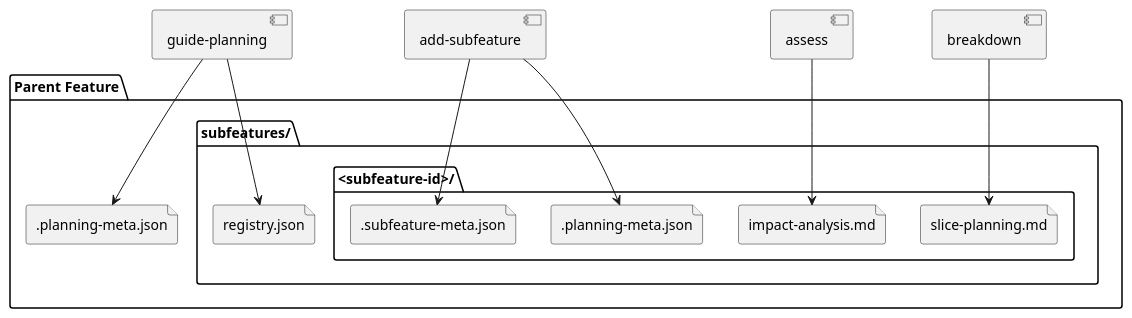
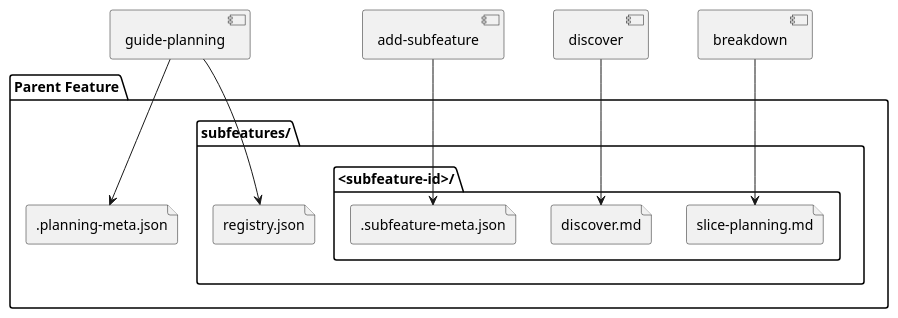
The diagram in docs/features/planning-workflow/subfeatures/subfeature-workflow/system-design.md (sirius-cc-wu/sirius-skills), drawn with PlantUML before and after one commit. The commit also changed other lines of this file and 58 other files, not shown here.

First line of the commit message:
planning: remove impact analysis workflow

````diff
--- a/docs/features/planning-workflow/subfeatures/subfeature-workflow/system-design.md
+++ b/docs/features/planning-workflow/subfeatures/subfeature-workflow/system-design.md
@@ -176,23 +165,21 @@
 ```plantuml
 @startuml
 folder "Parent Feature" {
   file ".planning-meta.json" as ParentMeta
   folder "subfeatures/" {
     file "registry.json" as Registry
     folder "<subfeature-id>/" {
-      file ".planning-meta.json" as ChildPlan
       file ".subfeature-meta.json" as ChildMeta
-      file "impact-analysis.md" as Impact
+      file "discover.md" as Discover
       file "slice-planning.md" as Breakdown
     }
   }
 }
 
 [guide-planning] --> ParentMeta
 [guide-planning] --> Registry
-[add-subfeature] --> ChildPlan
 [add-subfeature] --> ChildMeta
-[assess] --> Impact
+[discover] --> Discover
 [breakdown] --> Breakdown
 @enduml
 ```
````
